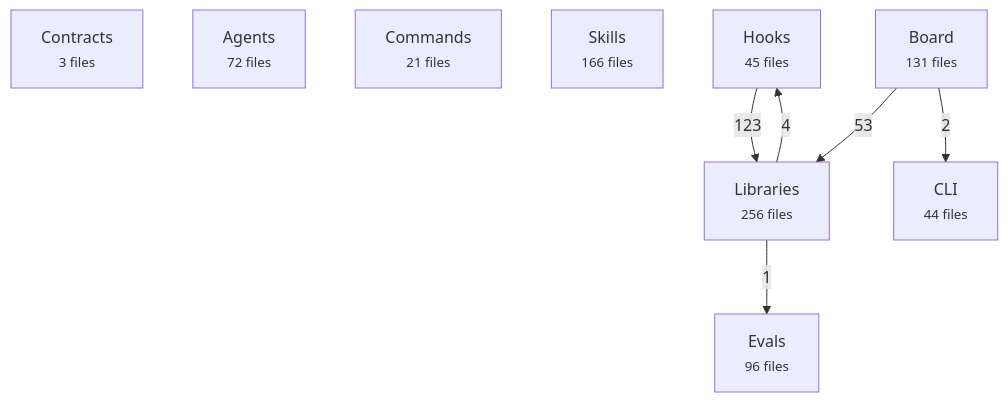
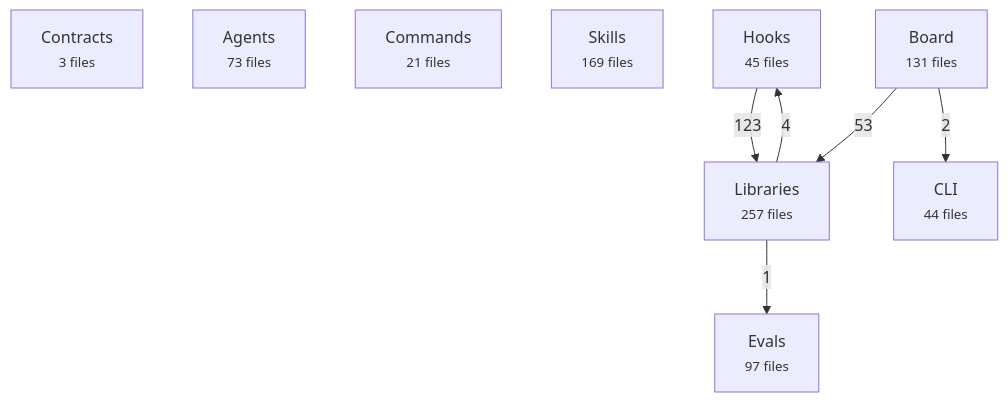
Before and after one commit to avelikiy/great_cto: the first of 2 diagrams in docs/reference/architecture-map.md, drawn with Mermaid. The commit also changed other lines of this file and 49 other files, not shown here.

````diff
--- a/docs/reference/architecture-map.md
+++ b/docs/reference/architecture-map.md
@@ -20,17 +20,17 @@
 ```mermaid
 flowchart TD
   contracts["Contracts<br/><small>3 files</small>"]
-  agents["Agents<br/><small>72 files</small>"]
+  agents["Agents<br/><small>73 files</small>"]
   commands["Commands<br/><small>21 files</small>"]
-  skills["Skills<br/><small>166 files</small>"]
+  skills["Skills<br/><small>169 files</small>"]
   hooks["Hooks<br/><small>45 files</small>"]
-  libs["Libraries<br/><small>256 files</small>"]
+  libs["Libraries<br/><small>257 files</small>"]
   board["Board<br/><small>131 files</small>"]
   cli["CLI<br/><small>44 files</small>"]
-  evals["Evals<br/><small>96 files</small>"]
+  evals["Evals<br/><small>97 files</small>"]
   hooks -->|123| libs
   board -->|53| libs
   libs -->|4| hooks
   board -->|2| cli
   libs -->|1| evals
 ```
````
